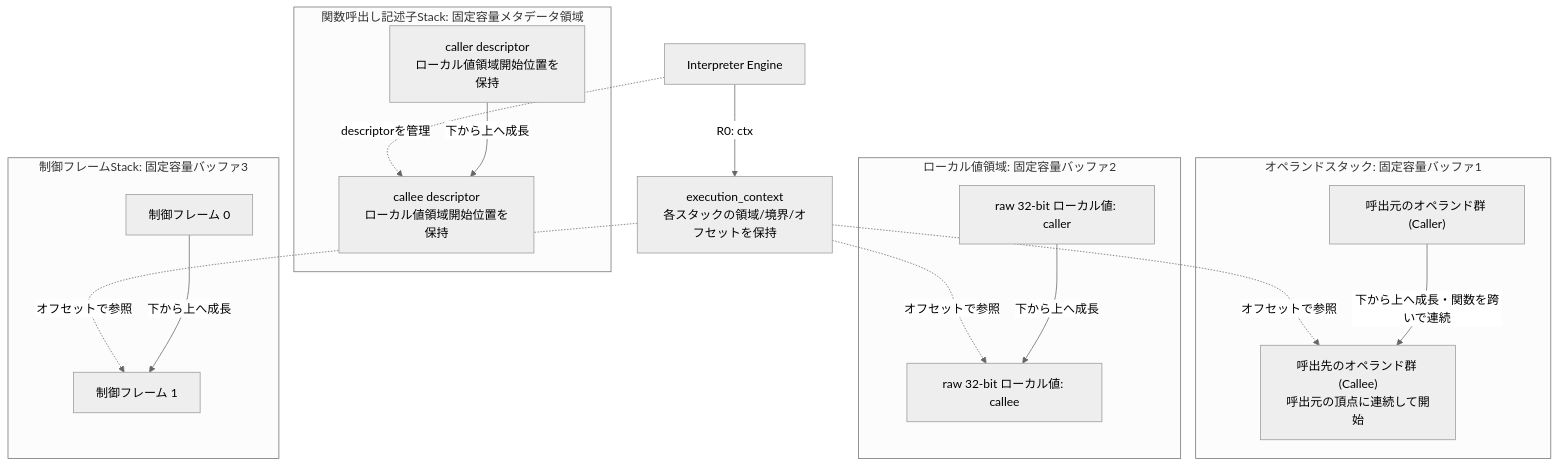
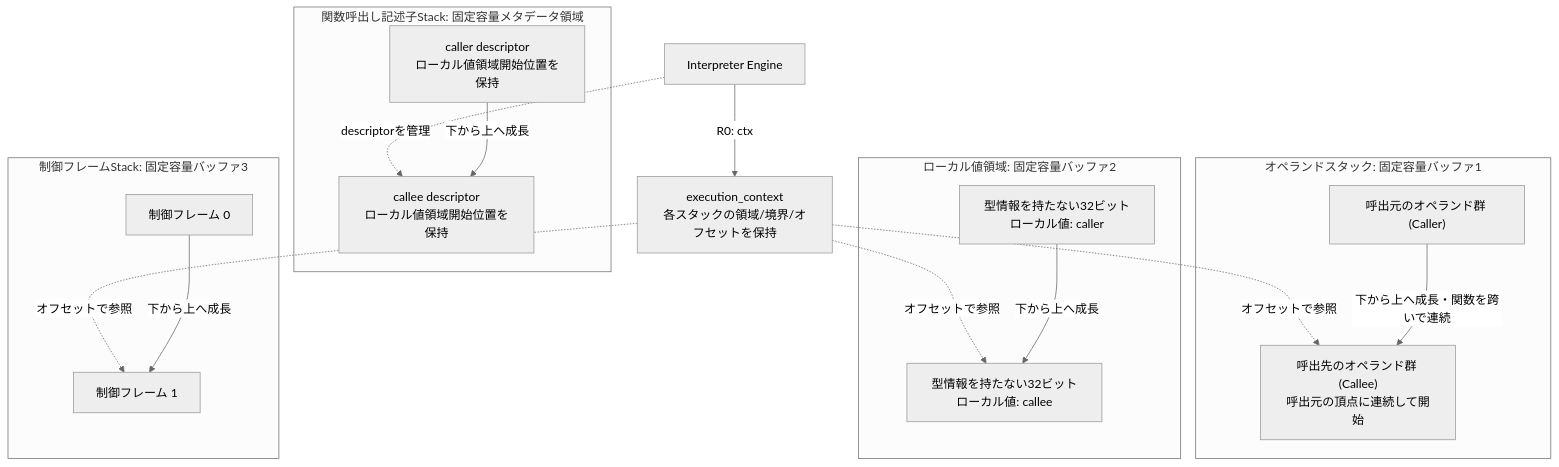
Before and after one commit to kmt-t/fireball: the first of 4 diagrams in docs/components/tier2_runtime/runtime_interpreter.md, drawn with Mermaid (neutral theme). The commit also changed other lines of this file and 26 other files, not shown here.

````diff
--- a/docs/components/tier2_runtime/runtime_interpreter.md
+++ b/docs/components/tier2_runtime/runtime_interpreter.md
@@ -33,34 +33,34 @@
 ```mermaid
 graph TD
     Ctx["execution_context<br/>各スタックの領域/境界/オフセットを保持"]
 
     subgraph Operand_Stack_Memory["オペランドスタック: 固定容量バッファ1"]
         Op0["呼出元のオペランド群 (Caller)"]
         Op1["呼出先のオペランド群 (Callee)<br/>呼出元の頂点に連続して開始"]
     end
 
     subgraph Local_Stack_Memory["ローカル値領域: 固定容量バッファ2"]
-        Loc0["raw 32-bit ローカル値: caller"]
-        Loc1["raw 32-bit ローカル値: callee"]
+        Loc0["型情報を持たない32ビットローカル値: caller"]
+        Loc1["型情報を持たない32ビットローカル値: callee"]
     end
 
     subgraph Call_Frame_Memory["関数呼出し記述子Stack: 固定容量メタデータ領域"]
         Frame0["caller descriptor<br/>ローカル値領域開始位置を保持"]
         Frame1["callee descriptor<br/>ローカル値領域開始位置を保持"]
     end
 
     subgraph Control_Frame_Memory["制御フレームStack: 固定容量バッファ3"]
         Ctrl0["制御フレーム 0"]
         Ctrl1["制御フレーム 1"]
     end
 
     Engine[Interpreter Engine] -- R0: ctx --> Ctx
     Ctx -. "オフセットで参照" .-> Op1
     Ctx -. "オフセットで参照" .-> Loc1
     Ctx -. "オフセットで参照" .-> Ctrl1
     Engine -. "descriptorを管理" .-> Frame1
     Op0 -- "下から上へ成長・関数を跨いで連続" --> Op1
     Loc0 -- "下から上へ成長" --> Loc1
     Frame0 -- "下から上へ成長" --> Frame1
     Ctrl0 -- "下から上へ成長" --> Ctrl1
 ```
````
